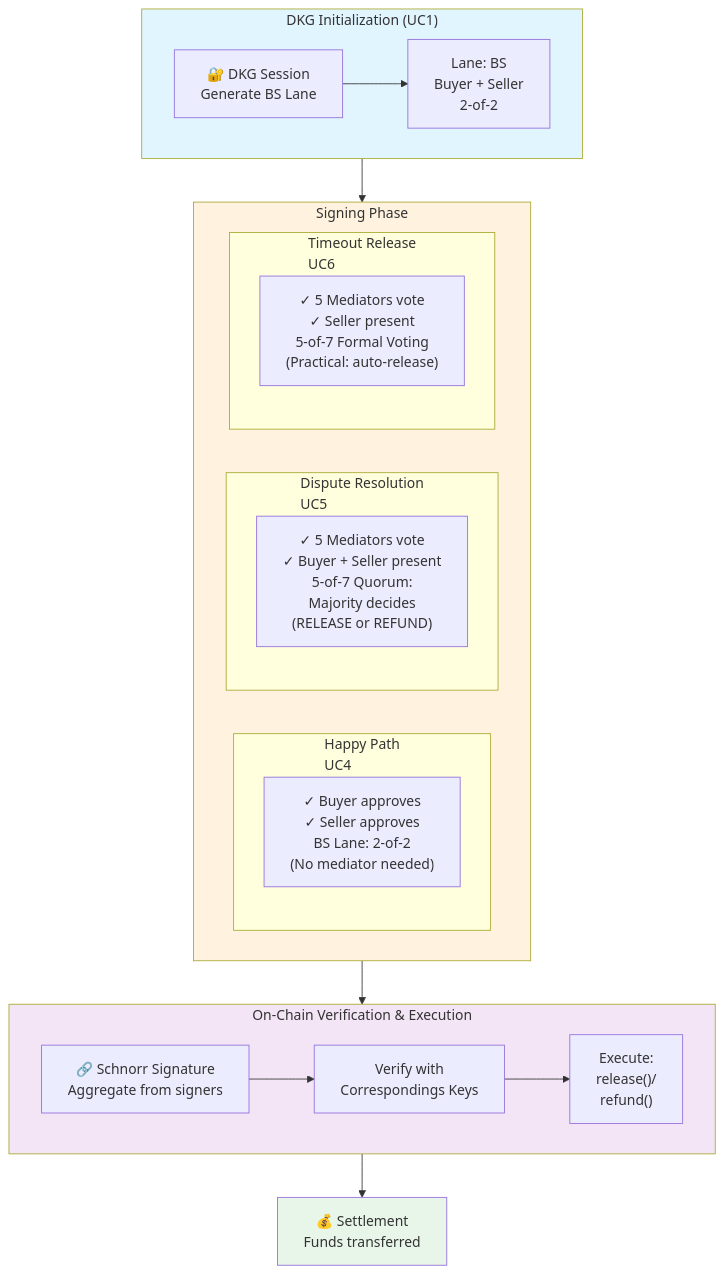
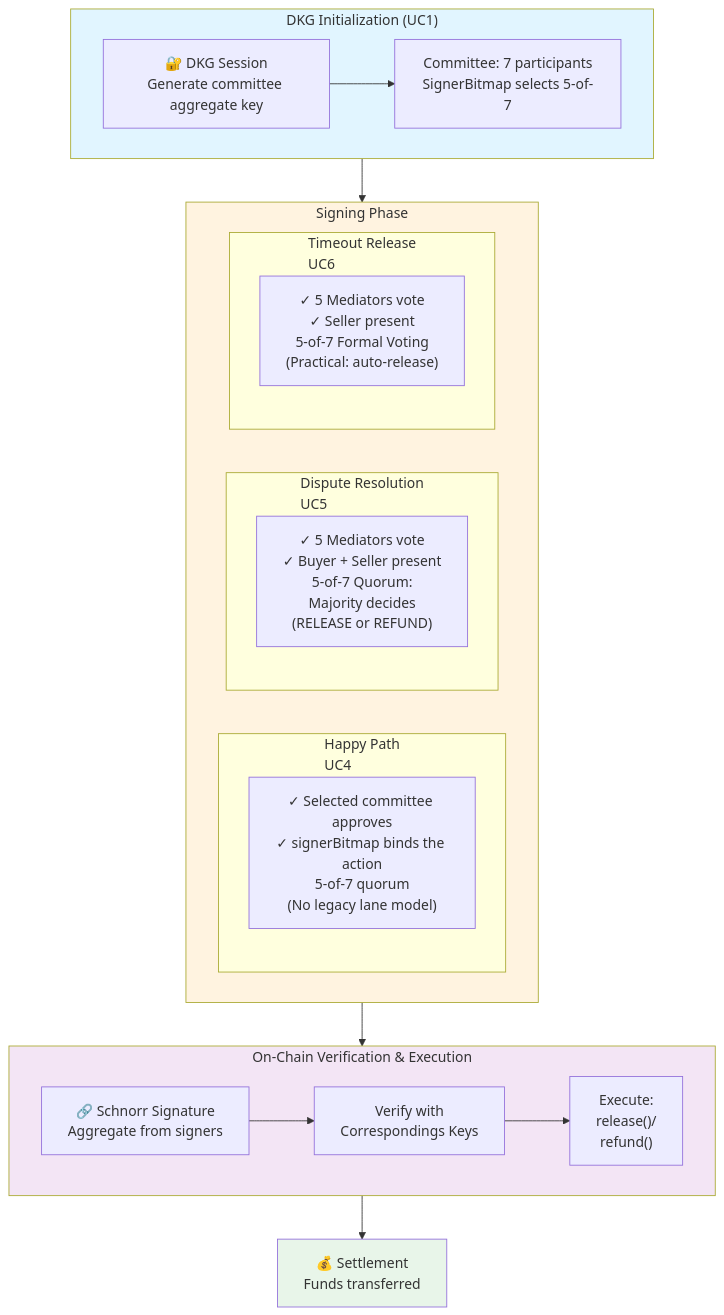
One commit to qnm1903/KLTN changed the third of 8 diagrams in docs/use-cases-and-user-stories.md. Above: the diagram before and after it, drawn with Mermaid. The commit also changed other lines of this file and 19 other files, not shown here.

Commit message:
feat(backend): migrate mediator model from single relation to EscrowMediator committee

````diff
--- a/docs/use-cases-and-user-stories.md
+++ b/docs/use-cases-and-user-stories.md
@@ -78,41 +78,41 @@
 ```mermaid
 graph TB
     subgraph DKGPhase["DKG Initialization (UC1)"]
         direction LR
-        DKG["🔐 DKG Session<br/>Generate BS Lane"]
-        BS["Lane: BS<br/>Buyer + Seller<br/>2-of-2"]
-        DKG --> BS
+        DKG["🔐 DKG Session<br/>Generate committee aggregate key"]
+        Committee["Committee: 7 participants<br/>SignerBitmap selects 5-of-7"]
+        DKG --> Committee
     end
     
     subgraph SigningPhase["Signing Phase"]
         direction LR
         subgraph ScenarioA["Happy Path<br/>UC4"]
-            S1["✓ Buyer approves<br/>✓ Seller approves<br/>BS Lane: 2-of-2<br/>(No mediator needed)"]
+            S1["✓ Selected committee approves<br/>✓ signerBitmap binds the action<br/>5-of-7 quorum<br/>(No legacy lane model)"]
         end
         
         subgraph ScenarioB["Dispute Resolution<br/>UC5"]
             S2["✓ 5 Mediators vote<br/>✓ Buyer + Seller present<br/>5-of-7 Quorum:<br/>Majority decides<br/>(RELEASE or REFUND)"]
         end
         
         subgraph ScenarioC["Timeout Release<br/>UC6"]
             S3["✓ 5 Mediators vote<br/>✓ Seller present<br/>5-of-7 Formal Voting<br/>(Practical: auto-release)"]
         end
     end
     
     subgraph VerifyPhase["On-Chain Verification & Execution"]
         direction LR
         Schnorr["🔗 Schnorr Signature<br/>Aggregate from signers"]
         Verify["Verify with<br/>Correspondings Keys"]
         Execute["Execute:<br/>release()/<br/>refund()"]
         Schnorr --> Verify --> Execute
     end
     
     DKGPhase --> SigningPhase
     SigningPhase --> VerifyPhase
     Execute --> Settlement["💰 Settlement<br/>Funds transferred"]
     
     style DKGPhase fill:#e1f5ff
     style SigningPhase fill:#fff3e0
     style VerifyPhase fill:#f3e5f5
     style Settlement fill:#e8f5e9
 ```
````
